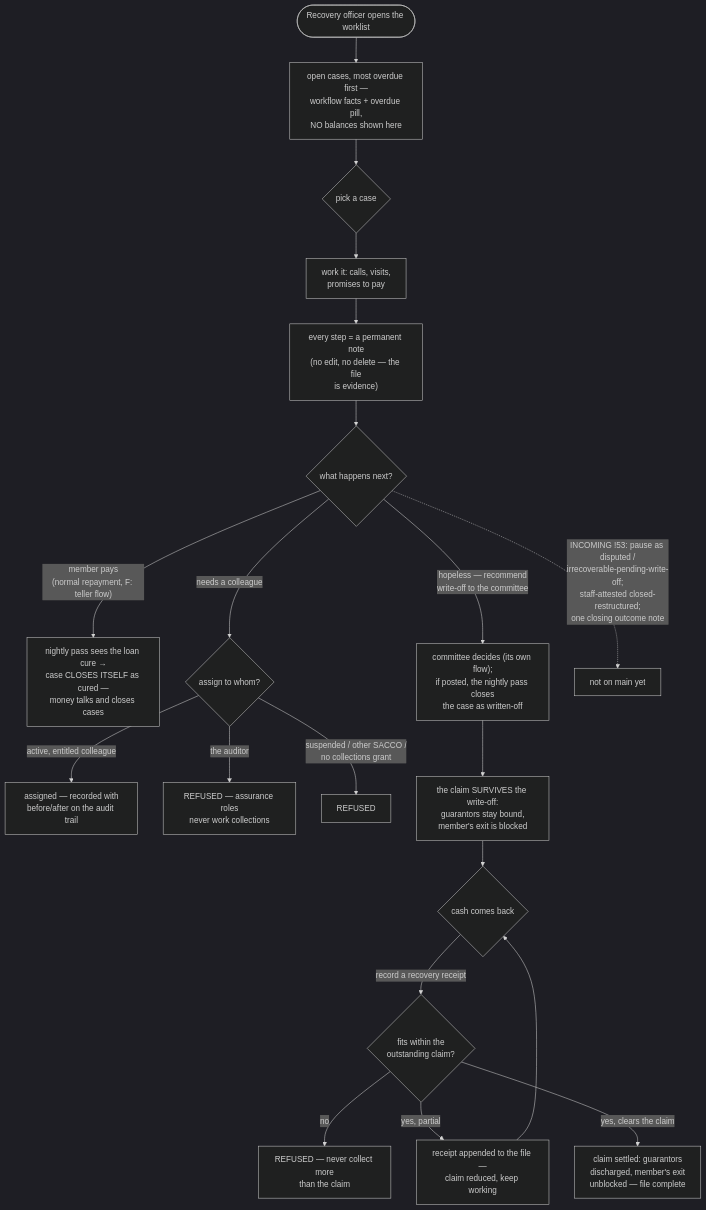
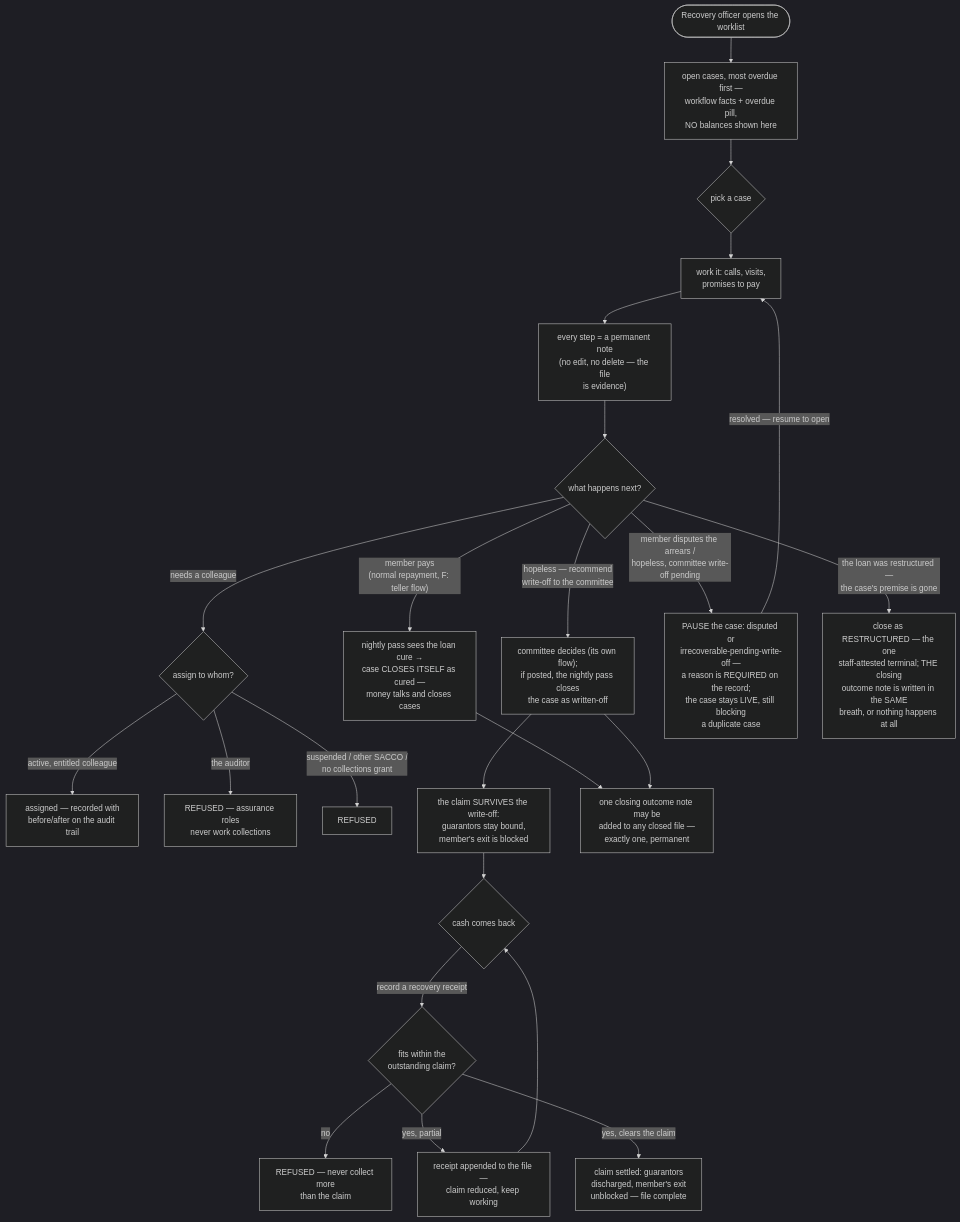
The diagram in docs/diagrams/flow-recovery-officer.md (Benson-Kim/genesis-sacco), drawn with Mermaid (dark theme) before and after one commit. The commit also changed other lines of this file and 6 other files, not shown here.

First line of the commit message:
docs(diagrams): flip !53/!54 INCOMING markers as-built — dispositions, outcome note, 0034 (rule 11)

````diff
--- a/docs/diagrams/flow-recovery-officer.md
+++ b/docs/diagrams/flow-recovery-officer.md
@@ -28,25 +36,29 @@
 ```mermaid
 flowchart TD
     START(["Recovery officer opens the worklist"]) --> WL["open cases, most overdue first —<br/>workflow facts + overdue pill,<br/>NO balances shown here"]
     WL --> PICK{"pick a case"}
     PICK --> WORK["work it: calls, visits,<br/>promises to pay"]
     WORK --> NOTE["every step = a permanent note<br/>(no edit, no delete — the file<br/>is evidence)"]
     NOTE --> WHAT{"what happens next?"}
 
     WHAT -->|"member pays<br/>(normal repayment, F: teller flow)"| CURE["nightly pass sees the loan cure →<br/>case CLOSES ITSELF as cured —<br/>money talks and closes cases"]
     WHAT -->|"hopeless — recommend<br/>write-off to the committee"| WOFF["committee decides (its own flow);<br/>if posted, the nightly pass closes<br/>the case as written-off"]
     WHAT -->|"needs a colleague"| ASSIGN{"assign to whom?"}
     ASSIGN -->|"active, entitled colleague"| OK1["assigned — recorded with<br/>before/after on the audit trail"]
     ASSIGN -->|"the auditor"| R1["REFUSED — assurance roles<br/>never work collections"]
     ASSIGN -->|"suspended / other SACCO /<br/>no collections grant"| R2["REFUSED"]
 
     WOFF --> CLAIM["the claim SURVIVES the write-off:<br/>guarantors stay bound,<br/>member's exit is blocked"]
     CLAIM --> CASH{"cash comes back"}
     CASH -->|"record a recovery receipt"| RCPT{"fits within the<br/>outstanding claim?"}
     RCPT -->|"no"| R3["REFUSED — never collect more<br/>than the claim"]
     RCPT -->|"yes, partial"| PART["receipt appended to the file —<br/>claim reduced, keep working"]
     PART --> CASH
     RCPT -->|"yes, clears the claim"| FULL["claim settled: guarantors<br/>discharged, member's exit<br/>unblocked — file complete"]
 
-    WHAT -.->|"INCOMING !53: pause as disputed /<br/>irrecoverable-pending-write-off;<br/>staff-attested closed-restructured;<br/>one closing outcome note"| INC["not on main yet"]
+    WHAT -->|"member disputes the arrears /<br/>hopeless, committee write-off pending"| PAUSE["PAUSE the case: disputed or<br/>irrecoverable-pending-write-off —<br/>a reason is REQUIRED on the record;<br/>the case stays LIVE, still blocking<br/>a duplicate case"]
+    PAUSE -->|"resolved — resume to open"| WORK
+    WHAT -->|"the loan was restructured —<br/>the case's premise is gone"| RESTR["close as RESTRUCTURED — the one<br/>staff-attested terminal; THE closing<br/>outcome note is written in the SAME<br/>breath, or nothing happens at all"]
+    CURE --> ONOTE["one closing outcome note may be<br/>added to any closed file —<br/>exactly one, permanent"]
+    WOFF --> ONOTE
 ```
````
